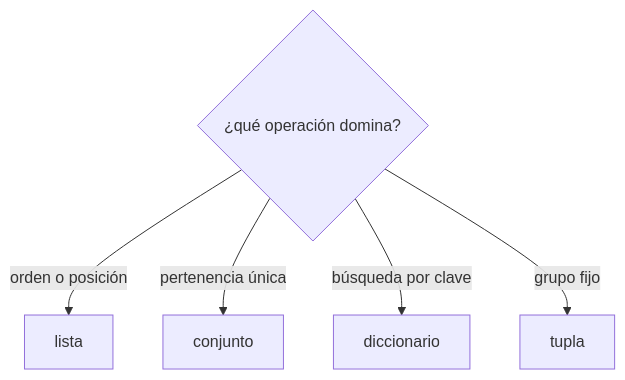
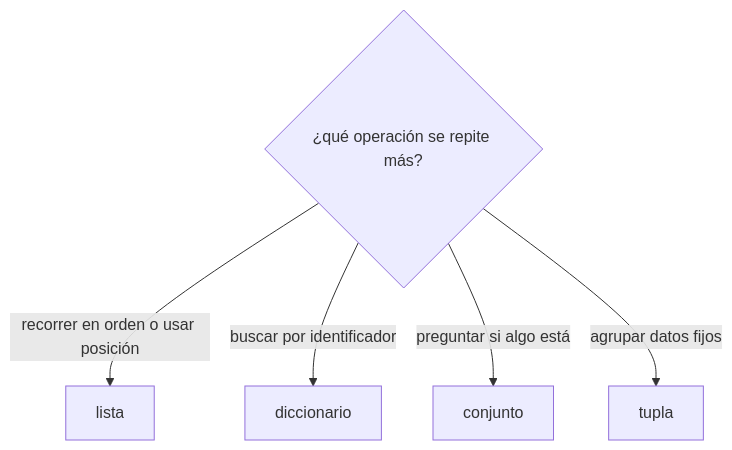
Before and after one commit to NICORUIZ93/The_Imperial_Book: the first of 8 diagrams in web/public/content/foundations/modulo-2.md, drawn with Mermaid. The commit also changed other lines of this file, not shown here.

````diff
--- a/web/public/content/foundations/modulo-2.md
+++ b/web/public/content/foundations/modulo-2.md
@@ -17,8 +137,8 @@
 ```mermaid
 flowchart TD
-    Q{"¿qué operación domina?"}
-    Q -->|"orden o posición"| LIST["lista"]
-    Q -->|"pertenencia única"| SET["conjunto"]
-    Q -->|"búsqueda por clave"| MAP["diccionario"]
-    Q -->|"grupo fijo"| TUPLE["tupla"]
+    Q{"¿qué operación se repite más?"}
+    Q -->|"recorrer en orden o usar posición"| LIST["lista"]
+    Q -->|"buscar por identificador"| MAP["diccionario"]
+    Q -->|"preguntar si algo está"| SET["conjunto"]
+    Q -->|"agrupar datos fijos"| TUPLE["tupla"]
 ```
````
